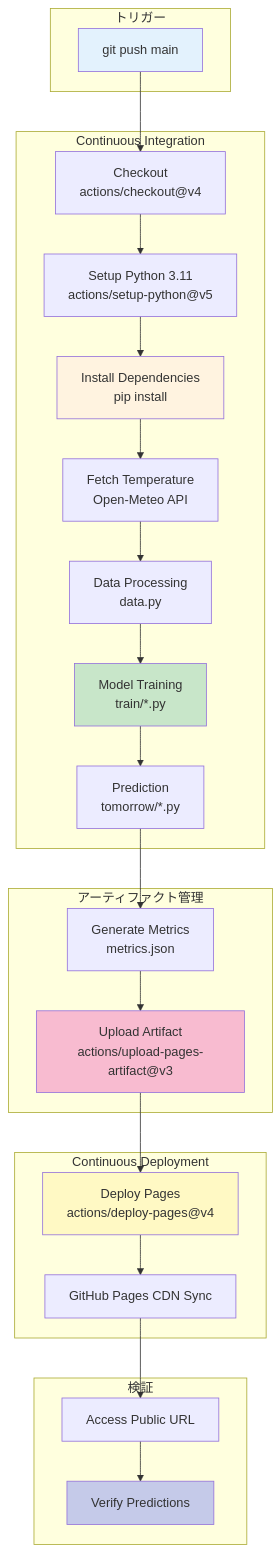
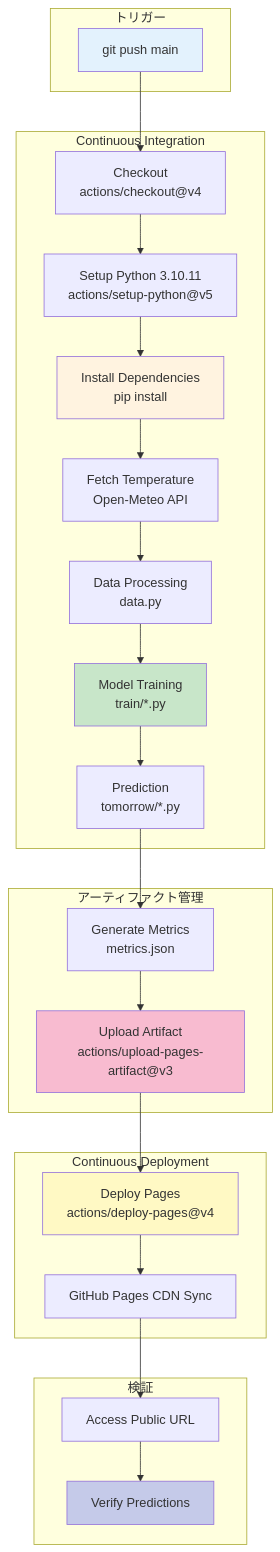
One commit to J1921604/Power-Demand-Forecast changed the third of 4 diagrams in docs/DEPLOY_GUIDE.md. Above: the diagram before and after it, drawn with Mermaid. The commit also changed other lines of this file and 16 other files, not shown here.

````diff
--- a/docs/DEPLOY_GUIDE.md
+++ b/docs/DEPLOY_GUIDE.md
@@ -760,52 +775,52 @@
 ```mermaid
 flowchart TB
     subgraph Trigger ["トリガー"]
         A1["git push main"]
     end
   
     subgraph CI ["Continuous Integration"]
         B1["Checkout<br/>actions/checkout@v4"]
-        B2["Setup Python 3.11<br/>actions/setup-python@v5"]
+        B2["Setup Python 3.10.11<br/>actions/setup-python@v5"]
         B3["Install Dependencies<br/>pip install"]
         B4["Fetch Temperature<br/>Open-Meteo API"]
         B5["Data Processing<br/>data.py"]
         B6["Model Training<br/>train/*.py"]
         B7["Prediction<br/>tomorrow/*.py"]
     end
   
     subgraph Artifact ["アーティファクト管理"]
         C1["Generate Metrics<br/>metrics.json"]
         C2["Upload Artifact<br/>actions/upload-pages-artifact@v3"]
     end
   
     subgraph CD ["Continuous Deployment"]
         D1["Deploy Pages<br/>actions/deploy-pages@v4"]
         D2["GitHub Pages CDN Sync"]
     end
   
     subgraph Verify ["検証"]
         E1["Access Public URL"]
         E2["Verify Predictions"]
     end
   
     A1 --> B1
     B1 --> B2
     B2 --> B3
     B3 --> B4
     B4 --> B5
     B5 --> B6
     B6 --> B7
     B7 --> C1
     C1 --> C2
     C2 --> D1
     D1 --> D2
     D2 --> E1
     E1 --> E2
   
     style A1 fill:#e3f2fd
     style B3 fill:#fff3e0
     style B6 fill:#c8e6c9
     style C2 fill:#f8bbd0
     style D1 fill:#fff9c4
     style E2 fill:#c5cae9
 ```
````
